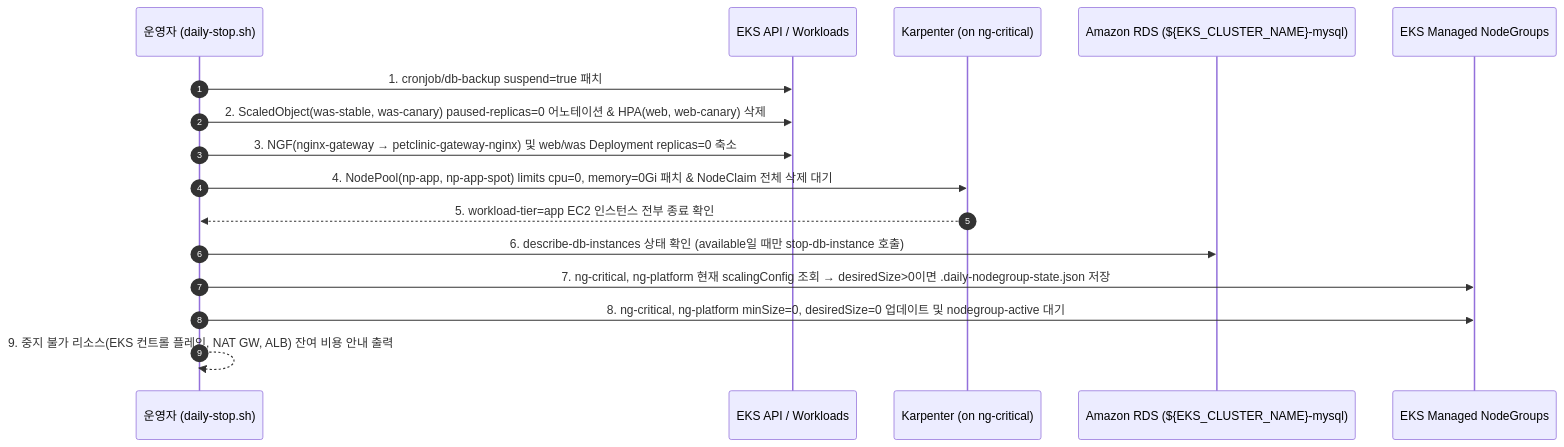
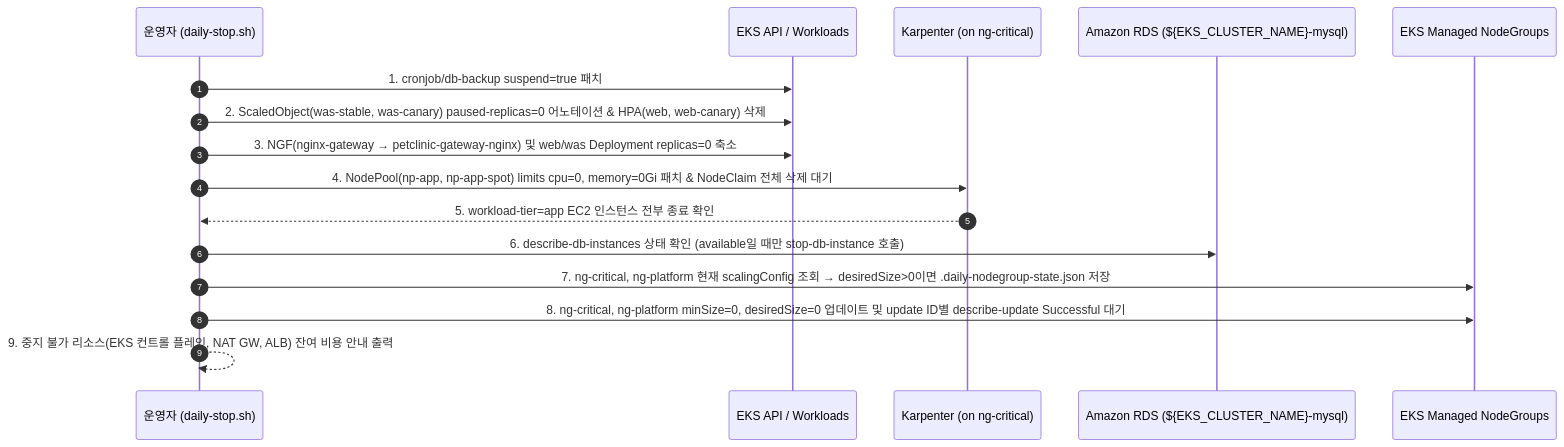
One commit to qorgh529/test-orca changed the first of 2 diagrams in docs/features/daily-stop-start/design.md. Above: the diagram before and after it, drawn with Mermaid. The commit also changed other lines of this file and 2 other files, not shown here.

````diff
--- a/docs/features/daily-stop-start/design.md
+++ b/docs/features/daily-stop-start/design.md
@@ -97,19 +97,19 @@
 ```mermaid
 sequenceDiagram
     autonumber
     participant Op as 운영자 (daily-stop.sh)
     participant K8s as EKS API / Workloads
     participant Karp as Karpenter (on ng-critical)
     participant RDS as Amazon RDS (${EKS_CLUSTER_NAME}-mysql)
     participant EKS as EKS Managed NodeGroups
 
     Op->>K8s: 1. cronjob/db-backup suspend=true 패치
     Op->>K8s: 2. ScaledObject(was-stable, was-canary) paused-replicas=0 어노테이션 & HPA(web, web-canary) 삭제
     Op->>K8s: 3. NGF(nginx-gateway → petclinic-gateway-nginx) 및 web/was Deployment replicas=0 축소
     Op->>Karp: 4. NodePool(np-app, np-app-spot) limits cpu=0, memory=0Gi 패치 & NodeClaim 전체 삭제 대기
     Karp-->>Op: 5. workload-tier=app EC2 인스턴스 전부 종료 확인
     Op->>RDS: 6. describe-db-instances 상태 확인 (available일 때만 stop-db-instance 호출)
     Op->>EKS: 7. ng-critical, ng-platform 현재 scalingConfig 조회 → desiredSize>0이면 .daily-nodegroup-state.json 저장
-    Op->>EKS: 8. ng-critical, ng-platform minSize=0, desiredSize=0 업데이트 및 nodegroup-active 대기
+    Op->>EKS: 8. ng-critical, ng-platform minSize=0, desiredSize=0 업데이트 및 update ID별 describe-update Successful 대기
     Op-->>Op: 9. 중지 불가 리소스(EKS 컨트롤 플레인, NAT GW, ALB) 잔여 비용 안내 출력
 ```
````
